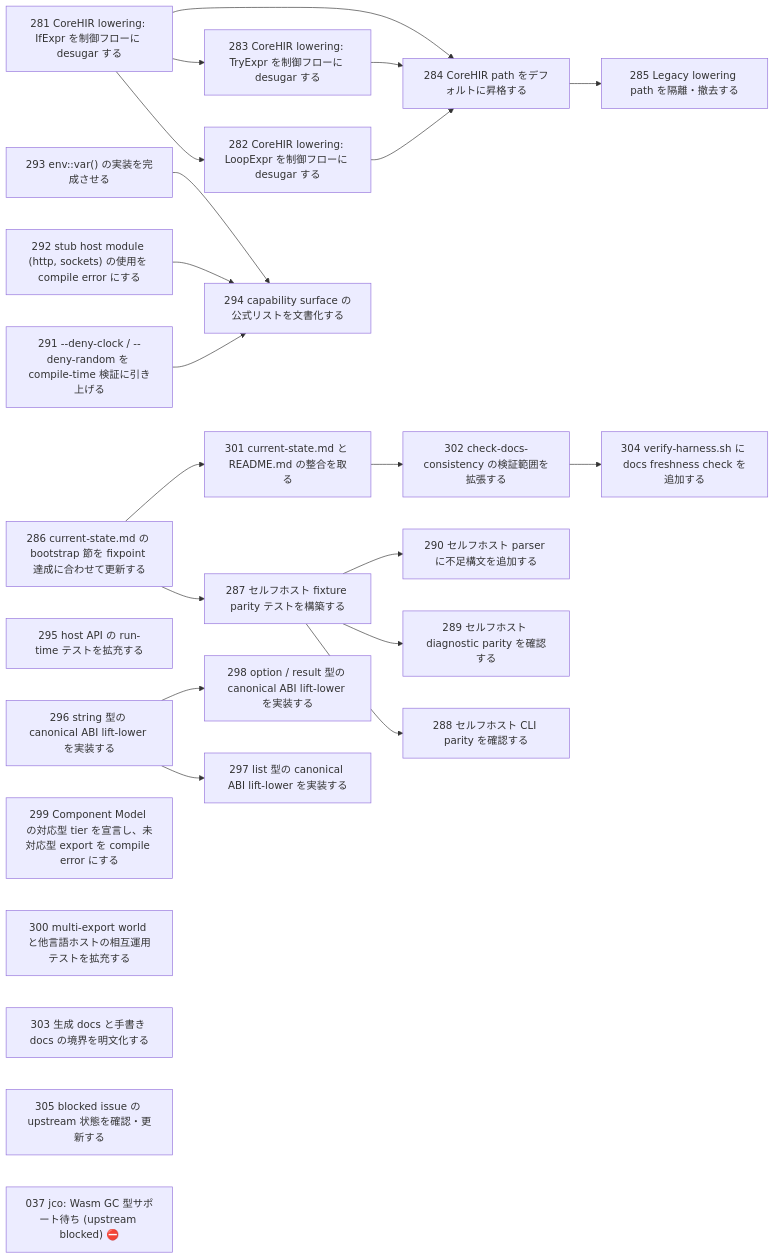
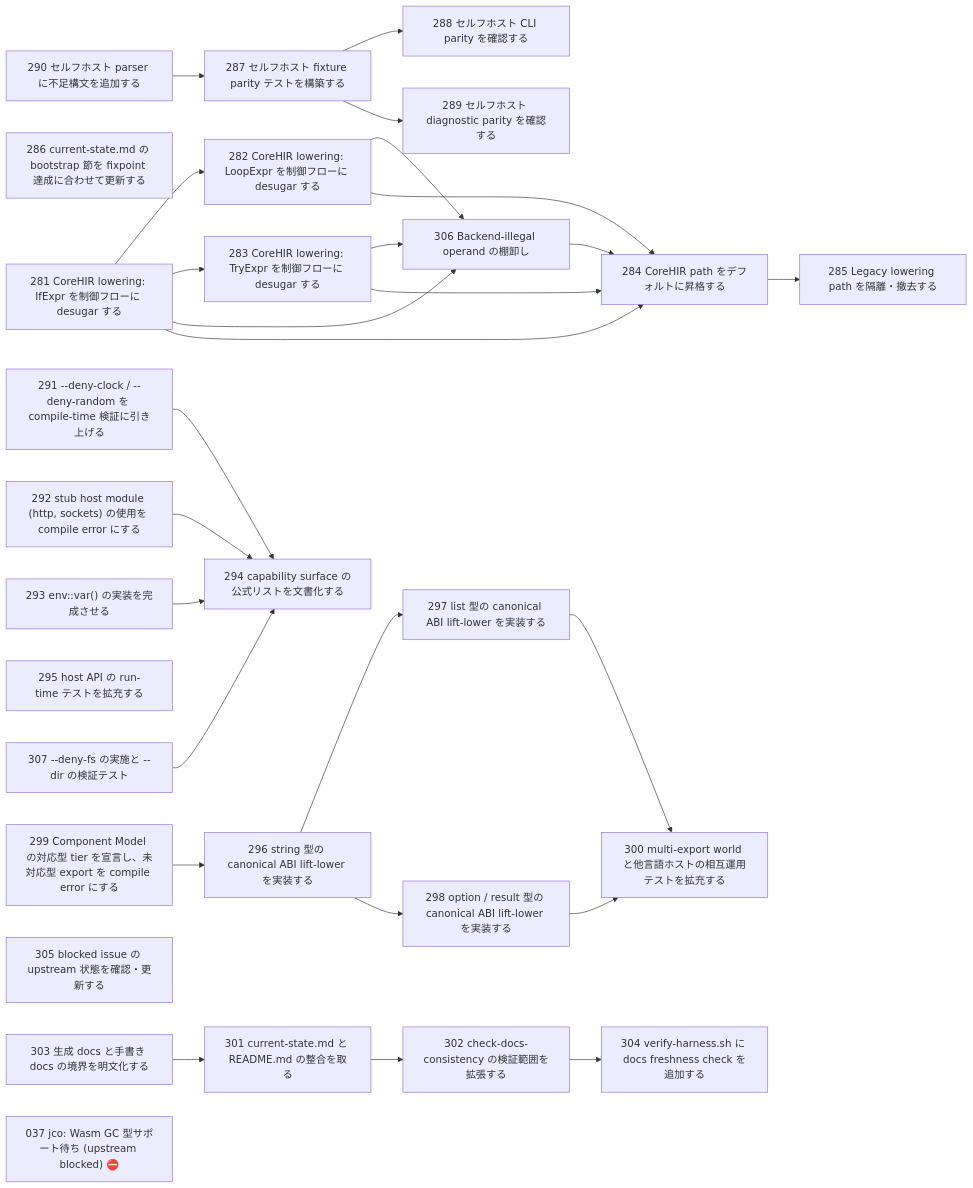
The diagram in issues/open/dependency-graph.md (wogikaze/arukellt), drawn with Mermaid before and after one commit. The commit also changed other lines of this file and 28 other files, not shown here.

````diff
--- a/issues/open/dependency-graph.md
+++ b/issues/open/dependency-graph.md
@@ -7,47 +7,56 @@
 ```mermaid
 graph LR
   I281["281 CoreHIR lowering: IfExpr を制御フローに desugar する"]
   I286["286 current-state.md の bootstrap 節を fixpoint 達成に合わせて更新する"]
+  I290["290 セルフホスト parser に不足構文を追加する"]
   I291["291 --deny-clock / --deny-random を compile-time 検証に引き上げる"]
   I292["292 stub host module (http, sockets) の使用を compile error にする"]
   I293["293 env::var() の実装を完成させる"]
   I295["295 host API の run-time テストを拡充する"]
-  I296["296 string 型の canonical ABI lift-lower を実装する"]
   I299["299 Component Model の対応型 tier を宣言し、未対応型 export を compile error にする"]
-  I300["300 multi-export world と他言語ホストの相互運用テストを拡充する"]
   I303["303 生成 docs と手書き docs の境界を明文化する"]
   I305["305 blocked issue の upstream 状態を確認・更新する"]
+  I307["307 --deny-fs の実施と --dir の検証テスト"]
   I282["282 CoreHIR lowering: LoopExpr を制御フローに desugar する"]
   I283["283 CoreHIR lowering: TryExpr を制御フローに desugar する"]
   I287["287 セルフホスト fixture parity テストを構築する"]
+  I296["296 string 型の canonical ABI lift-lower を実装する"]
   I301["301 current-state.md と README.md の整合を取る"]
   I294["294 capability surface の公式リストを文書化する"]
+  I306["306 Backend-illegal operand の棚卸し"]
+  I288["288 セルフホスト CLI parity を確認する"]
+  I289["289 セルフホスト diagnostic parity を確認する"]
   I297["297 list 型の canonical ABI lift-lower を実装する"]
   I298["298 option / result 型の canonical ABI lift-lower を実装する"]
+  I302["302 check-docs-consistency の検証範囲を拡張する"]
   I284["284 CoreHIR path をデフォルトに昇格する"]
-  I288["288 セルフホスト CLI parity を確認する"]
-  I289["289 セルフホスト diagnostic parity を確認する"]
-  I290["290 セルフホスト parser に不足構文を追加する"]
-  I302["302 check-docs-consistency の検証範囲を拡張する"]
+  I300["300 multi-export world と他言語ホストの相互運用テストを拡充する"]
+  I304["304 verify-harness.sh に docs freshness check を追加する"]
   I285["285 Legacy lowering path を隔離・撤去する"]
-  I304["304 verify-harness.sh に docs freshness check を追加する"]
   I037["037 jco: Wasm GC 型サポート待ち (upstream blocked) ⛔"]
   I281 --> I282
   I281 --> I283
-  I286 --> I287
-  I286 --> I301
+  I290 --> I287
+  I299 --> I296
+  I303 --> I301
   I291 --> I294
   I292 --> I294
   I293 --> I294
+  I307 --> I294
+  I281 --> I306
+  I282 --> I306
+  I283 --> I306
+  I287 --> I288
+  I287 --> I289
   I296 --> I297
   I296 --> I298
+  I301 --> I302
   I281 --> I284
   I282 --> I284
   I283 --> I284
-  I287 --> I288
-  I287 --> I289
-  I287 --> I290
-  I301 --> I302
+  I306 --> I284
+  I297 --> I300
+  I298 --> I300
+  I302 --> I304
   I284 --> I285
-  I302 --> I304
 ```
````
